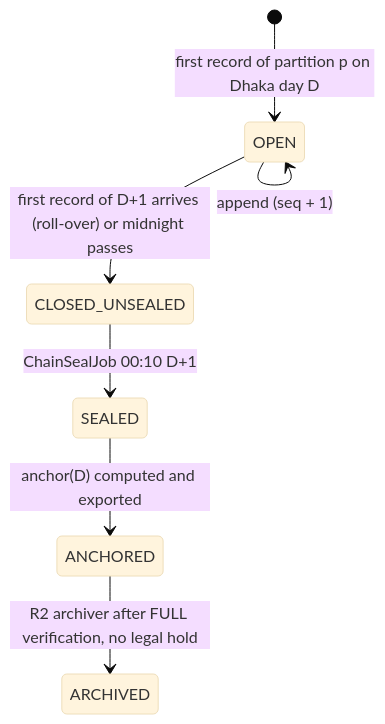
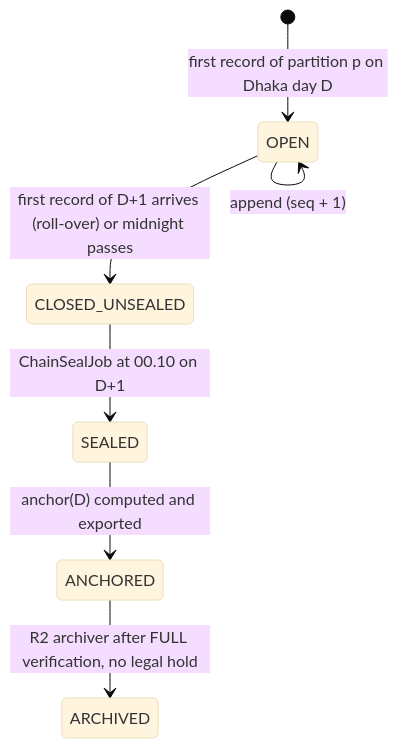
Before and after one commit to anarefin/bitspay-core: diagram 13 of 21 in services/admin-service/docs/SPEC.md, drawn with Mermaid (base theme). The commit also changed other lines of this file and 591 other files, not shown here.

````diff
--- a/services/admin-service/docs/SPEC.md
+++ b/services/admin-service/docs/SPEC.md
@@ -495,9 +502,9 @@
 ```mermaid
 stateDiagram-v2
   [*] --> OPEN: first record of partition p on Dhaka day D
   OPEN --> OPEN: append (seq + 1)
   OPEN --> CLOSED_UNSEALED: first record of D+1 arrives (roll-over) or midnight passes
-  CLOSED_UNSEALED --> SEALED: ChainSealJob 00:10 D+1
+  CLOSED_UNSEALED --> SEALED: ChainSealJob at 00.10 on D+1
   SEALED --> ANCHORED: anchor(D) computed and exported
   ANCHORED --> ARCHIVED: R2 archiver after FULL verification, no legal hold
 ```
````
